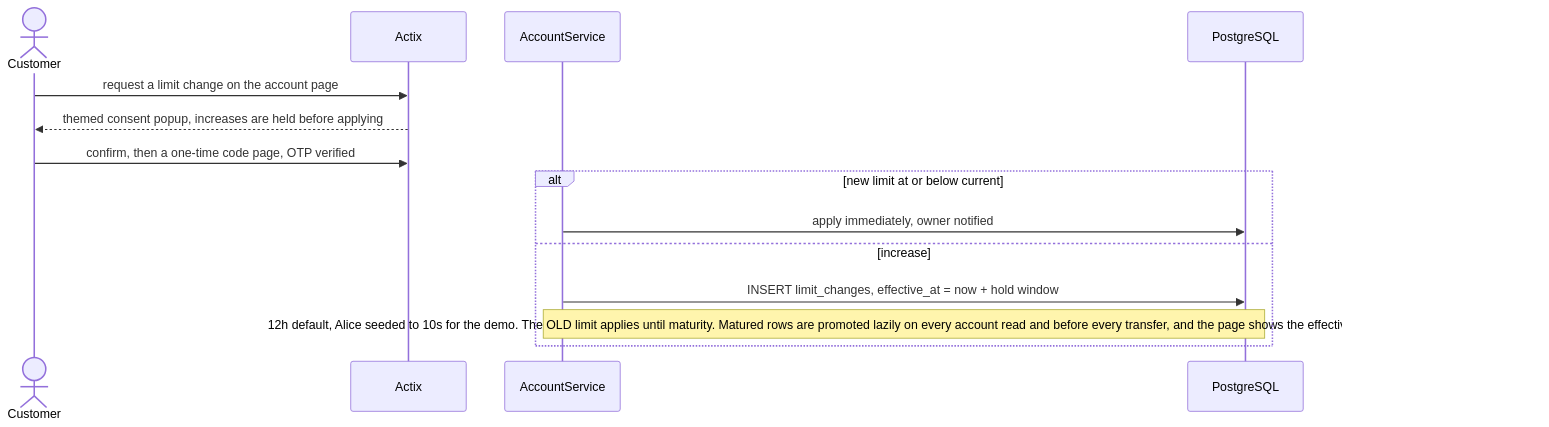
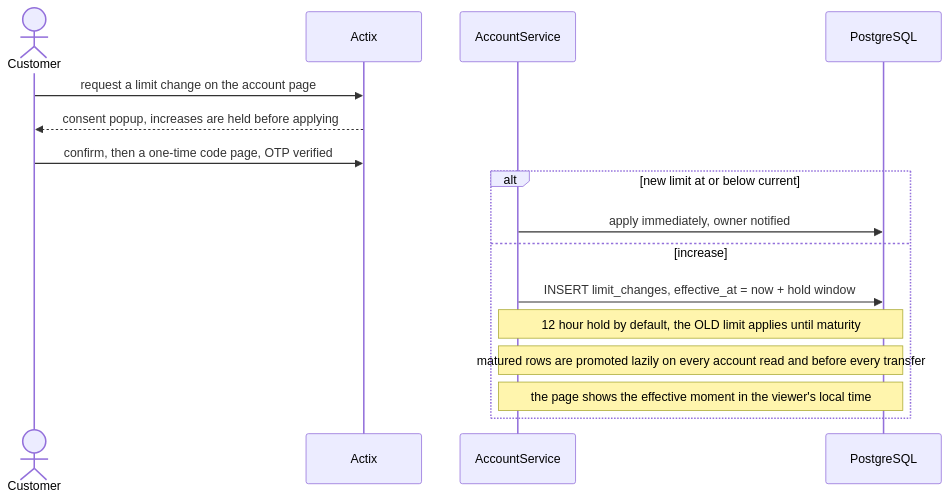
The seventh of 14 diagrams in docs/FLOWS.md (cthyuiii/FerroBank), drawn with Mermaid before and after one commit. The commit also changed other lines of this file and 5 other files, not shown here.

````diff
--- a/docs/FLOWS.md
+++ b/docs/FLOWS.md
@@ -171,17 +172,19 @@
 ```mermaid
 sequenceDiagram
     actor U as Customer
     participant A as Actix
     participant S as AccountService
     participant P as PostgreSQL
 
     U->>A: request a limit change on the account page
-    A-->>U: themed consent popup, increases are held before applying
+    A-->>U: consent popup, increases are held before applying
     U->>A: confirm, then a one-time code page, OTP verified
     alt new limit at or below current
         S->>P: apply immediately, owner notified
     else increase
         S->>P: INSERT limit_changes, effective_at = now + hold window
-        Note over S,P: 12h default, Alice seeded to 10s for the demo. The OLD limit applies until maturity. Matured rows are promoted lazily on every account read and before every transfer, and the page shows the effective moment in the viewer's local time.
+        Note over S,P: 12 hour hold by default, the OLD limit applies until maturity
+        Note over S,P: matured rows are promoted lazily on every account read and before every transfer
+        Note over S,P: the page shows the effective moment in the viewer's local time
     end
 ```
````
